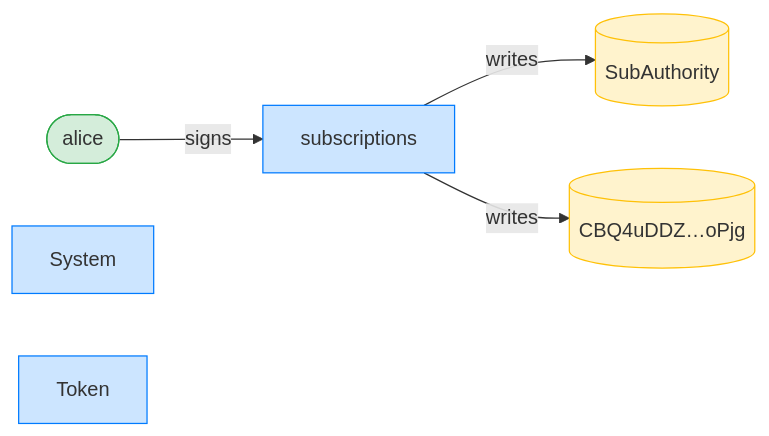
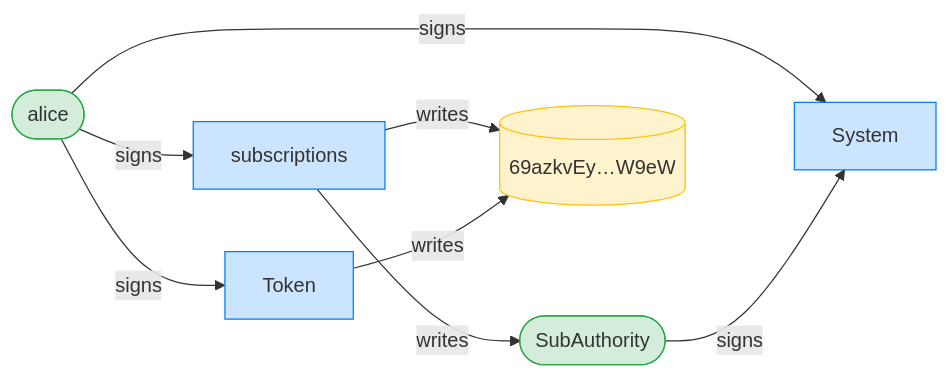
Before and after one commit to cds-rs/subscriptions: the third of 8 diagrams in dsl_tests/fixed-transfer-over-a-stale-version-delegation-is-refused.md, drawn with Mermaid. The commit also changed other lines of this file and 224 other files, not shown here.

````diff
--- a/dsl_tests/fixed-transfer-over-a-stale-version-delegation-is-refused.md
+++ b/dsl_tests/fixed-transfer-over-a-stale-version-delegation-is-refused.md
@@ -55,15 +56,19 @@
 ```mermaid
 flowchart LR
     classDef signer fill:#d4edda,stroke:#28a745;
     classDef program fill:#cce5ff,stroke:#007bff;
     classDef writable fill:#fff3cd,stroke:#ffc107;
     subscriptions[subscriptions]:::program
     alice([alice]):::signer
-    SubAuthority[(SubAuthority)]:::writable
-    CBQ4uDDZ_oPjg[("CBQ4uDDZ…oPjg")]:::writable
+    SubAuthority([SubAuthority]):::signer
+    69azkvEy_W9eW[("69azkvEy…W9eW")]:::writable
     System[System]:::program
     Token[Token]:::program
     alice -->|signs| subscriptions
+    alice -->|signs| System
+    SubAuthority -->|signs| System
+    alice -->|signs| Token
     subscriptions -->|writes| SubAuthority
-    subscriptions -->|writes| CBQ4uDDZ_oPjg
+    subscriptions -->|writes| 69azkvEy_W9eW
+    Token -->|writes| 69azkvEy_W9eW
 ```
````
